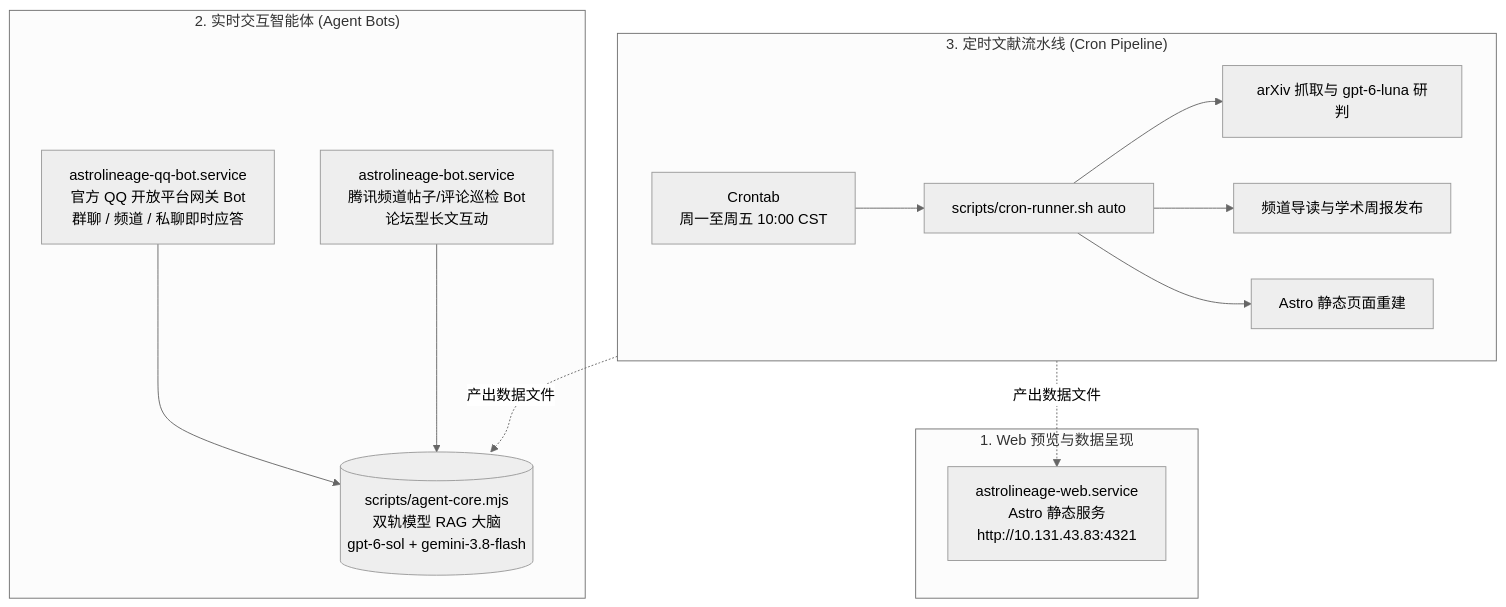
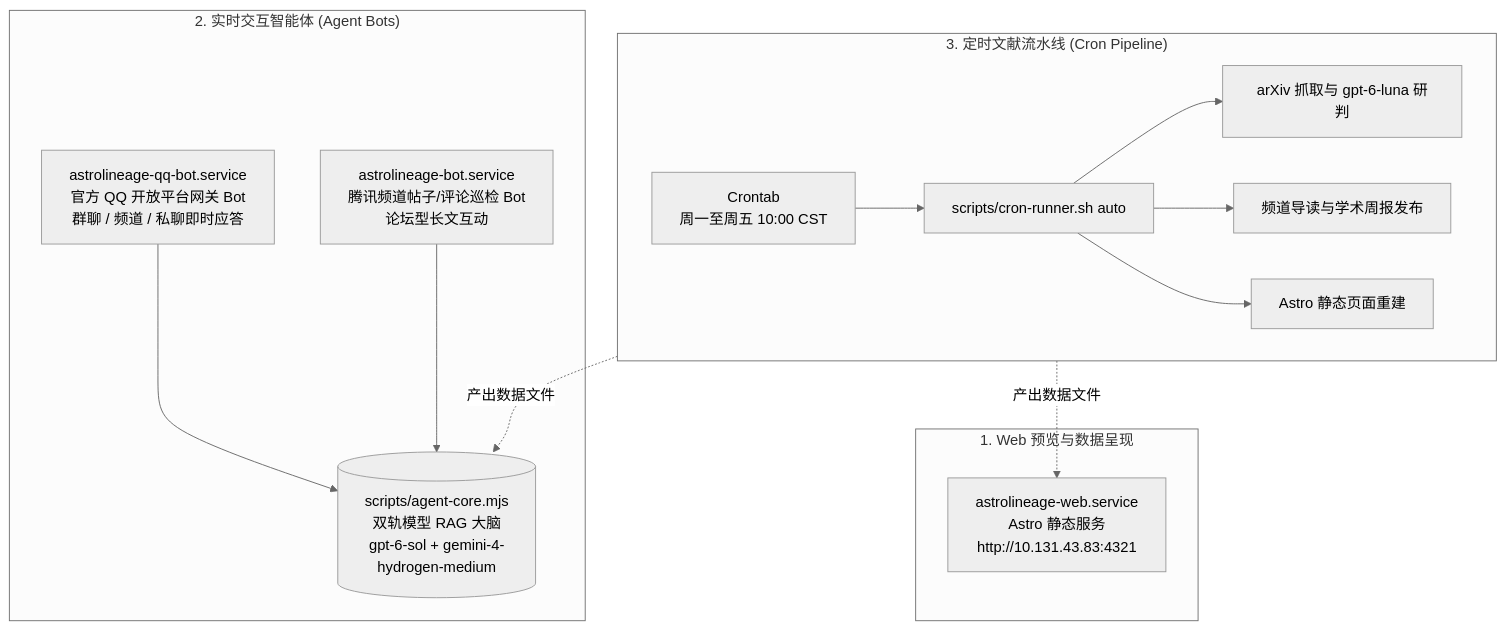
Before and after one commit to dnwb/astro-lineage: the diagram in docs/runbooks/service-topology-and-operations.md, drawn with Mermaid (neutral theme). The commit also changed other lines of this file and 14 other files, not shown here.

First line of the commit message:
chore(routing): switch gemini-3.8-flash family to gemini-4-hydrogen-medium

````diff
--- a/docs/runbooks/service-topology-and-operations.md
+++ b/docs/runbooks/service-topology-and-operations.md
@@ -11,24 +11,24 @@
 ```mermaid
 flowchart TD
     subgraph WebServices ["1. Web 预览与数据呈现"]
         Web[astrolineage-web.service<br/>Astro 静态服务<br/>http://10.131.43.83:4321]
     end
 
     subgraph BotServices ["2. 实时交互智能体 (Agent Bots)"]
         QQBot[astrolineage-qq-bot.service<br/>官方 QQ 开放平台网关 Bot<br/>群聊 / 频道 / 私聊即时应答]
         GuildBot[astrolineage-bot.service<br/>腾讯频道帖子/评论巡检 Bot<br/>论坛型长文互动]
-        AgentCore[(scripts/agent-core.mjs<br/>双轨模型 RAG 大脑<br/>gpt-6-sol + gemini-3.8-flash)]
+        AgentCore[(scripts/agent-core.mjs<br/>双轨模型 RAG 大脑<br/>gpt-6-sol + gemini-4-hydrogen-medium)]
         QQBot --> AgentCore
         GuildBot --> AgentCore
     end
 
     subgraph CronPipeline ["3. 定时文献流水线 (Cron Pipeline)"]
         Cron[Crontab<br/>周一至周五 10:00 CST] --> Runner[scripts/cron-runner.sh auto]
         Runner --> Fetch[arXiv 抓取与 gpt-6-luna 研判]
         Runner --> Publish[频道导读与学术周报发布]
         Runner --> Build[Astro 静态页面重建]
     end
 
     CronPipeline -.产出数据文件.-> Web
     CronPipeline -.产出数据文件.-> AgentCore
 ```
````
